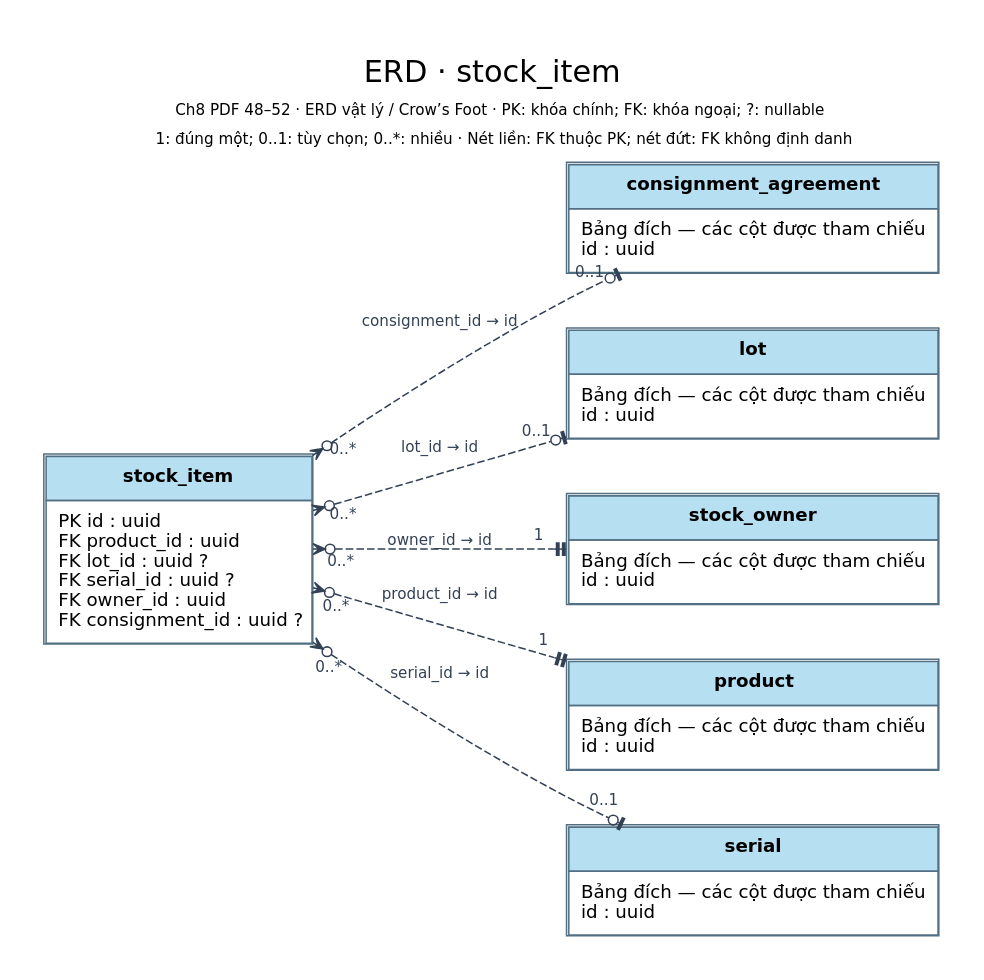
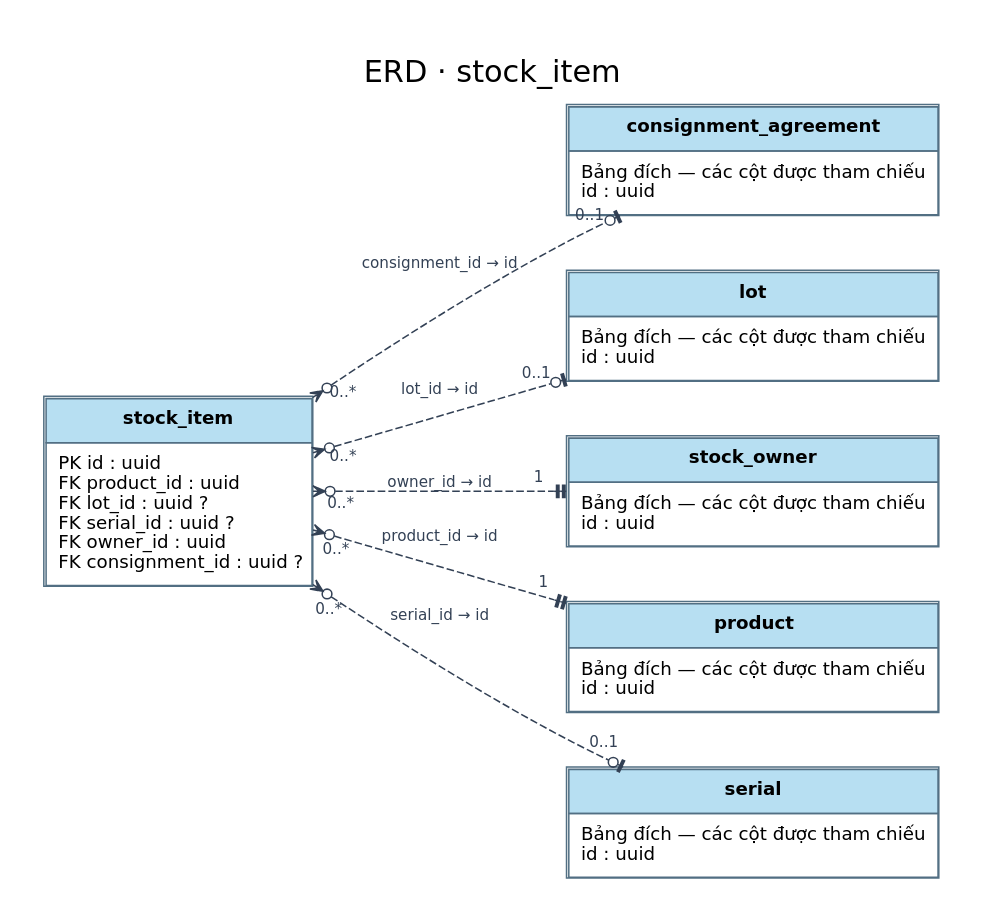
One commit to TEAM-DEV-FIVE/WMS_BA_2_0 changed the diagram in 03_So_do/Hien_hanh/dot/ERD_stock_item.dot. Above: the diagram before and after it, drawn with Graphviz. The commit also changed 268 other files, not shown here.

Commit message:
docs: remove technical captions from current diagrams

```diff
--- a/03_So_do/Hien_hanh/dot/ERD_stock_item.dot
+++ b/03_So_do/Hien_hanh/dot/ERD_stock_item.dot
@@ -1,17 +1,17 @@
 digraph WMS {
 graph [rankdir=LR, bgcolor="white", nodesep=.5, ranksep=.9, pad=.3];
 node [shape=plain, fontname="DejaVu Sans", fontsize=12];
 edge [fontname="DejaVu Sans", fontsize=10, color="#334155", fontcolor="#334155", arrowsize=.8];
-label=<<TABLE BORDER="0" CELLBORDER="0" CELLPADDING="3"><TR><TD><FONT POINT-SIZE="20">ERD · stock_item</FONT></TD></TR><TR><TD><FONT POINT-SIZE="10">Ch8 PDF 48–52 · ERD vật lý / Crow’s Foot · PK: khóa chính; FK: khóa ngoại; ?: nullable</FONT></TD></TR><TR><TD><FONT POINT-SIZE="10">1: đúng một; 0..1: tùy chọn; 0..*: nhiều · Nét liền: FK thuộc PK; nét đứt: FK không định danh</FONT></TD></TR></TABLE>>; labelloc=t; fontname="DejaVu Sans"; fontsize=16;
+label=<<TABLE BORDER="0" CELLBORDER="0" CELLPADDING="3"><TR><TD><FONT POINT-SIZE="20">ERD · stock_item</FONT></TD></TR></TABLE>>; labelloc=t; fontname="DejaVu Sans"; fontsize=16;
 "stock_item" [label=<<TABLE BORDER="1" CELLBORDER="1" CELLSPACING="0" CELLPADDING="7" COLOR="#526f83"><TR><TD BGCOLOR="#b7dff2"><B>stock_item</B></TD></TR><TR><TD ALIGN="LEFT" BALIGN="LEFT">PK id : uuid<BR ALIGN="LEFT"/>FK product_id : uuid<BR ALIGN="LEFT"/>FK lot_id : uuid ?<BR ALIGN="LEFT"/>FK serial_id : uuid ?<BR ALIGN="LEFT"/>FK owner_id : uuid<BR ALIGN="LEFT"/>FK consignment_id : uuid ?</TD></TR></TABLE>>];
 "consignment_agreement" [label=<<TABLE BORDER="1" CELLBORDER="1" CELLSPACING="0" CELLPADDING="7" COLOR="#526f83"><TR><TD BGCOLOR="#b7dff2"><B>consignment_agreement</B></TD></TR><TR><TD ALIGN="LEFT" BALIGN="LEFT">Bảng đích — các cột được tham chiếu<BR ALIGN="LEFT"/>id : uuid</TD></TR></TABLE>>];
 "lot" [label=<<TABLE BORDER="1" CELLBORDER="1" CELLSPACING="0" CELLPADDING="7" COLOR="#526f83"><TR><TD BGCOLOR="#b7dff2"><B>lot</B></TD></TR><TR><TD ALIGN="LEFT" BALIGN="LEFT">Bảng đích — các cột được tham chiếu<BR ALIGN="LEFT"/>id : uuid</TD></TR></TABLE>>];
 "stock_owner" [label=<<TABLE BORDER="1" CELLBORDER="1" CELLSPACING="0" CELLPADDING="7" COLOR="#526f83"><TR><TD BGCOLOR="#b7dff2"><B>stock_owner</B></TD></TR><TR><TD ALIGN="LEFT" BALIGN="LEFT">Bảng đích — các cột được tham chiếu<BR ALIGN="LEFT"/>id : uuid</TD></TR></TABLE>>];
 "product" [label=<<TABLE BORDER="1" CELLBORDER="1" CELLSPACING="0" CELLPADDING="7" COLOR="#526f83"><TR><TD BGCOLOR="#b7dff2"><B>product</B></TD></TR><TR><TD ALIGN="LEFT" BALIGN="LEFT">Bảng đích — các cột được tham chiếu<BR ALIGN="LEFT"/>id : uuid</TD></TR></TABLE>>];
 "serial" [label=<<TABLE BORDER="1" CELLBORDER="1" CELLSPACING="0" CELLPADDING="7" COLOR="#526f83"><TR><TD BGCOLOR="#b7dff2"><B>serial</B></TD></TR><TR><TD ALIGN="LEFT" BALIGN="LEFT">Bảng đích — các cột được tham chiếu<BR ALIGN="LEFT"/>id : uuid</TD></TR></TABLE>>];
 "stock_item" -> "consignment_agreement" [label="consignment_id → id", dir="both", arrowtail="crowodot", arrowhead="teeodot", taillabel="0..*", headlabel="0..1", labeldistance="2", style="dashed"];
 "stock_item" -> "lot" [label="lot_id → id", dir="both", arrowtail="crowodot", arrowhead="teeodot", taillabel="0..*", headlabel="0..1", labeldistance="2", style="dashed"];
 "stock_item" -> "stock_owner" [label="owner_id → id", dir="both", arrowtail="crowodot", arrowhead="teetee", taillabel="0..*", headlabel="1", labeldistance="2", style="dashed"];
 "stock_item" -> "product" [label="product_id → id", dir="both", arrowtail="crowodot", arrowhead="teetee", taillabel="0..*", headlabel="1", labeldistance="2", style="dashed"];
 "stock_item" -> "serial" [label="serial_id → id", dir="both", arrowtail="crowodot", arrowhead="teeodot", taillabel="0..*", headlabel="0..1", labeldistance="2", style="dashed"];
 }
```
